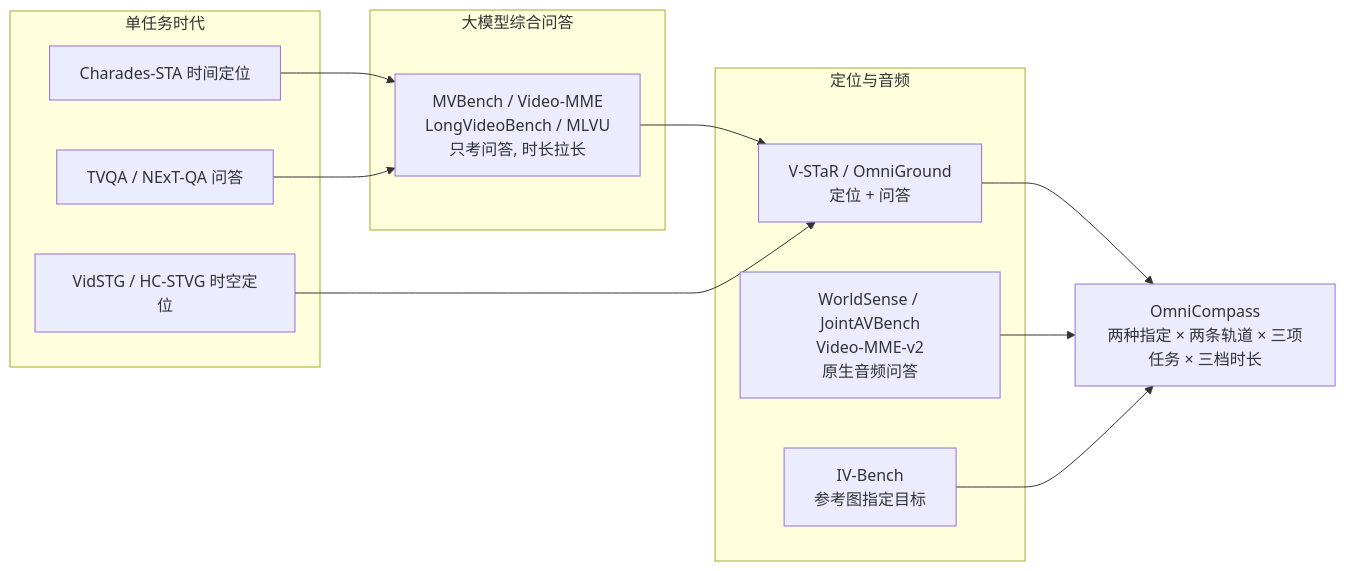
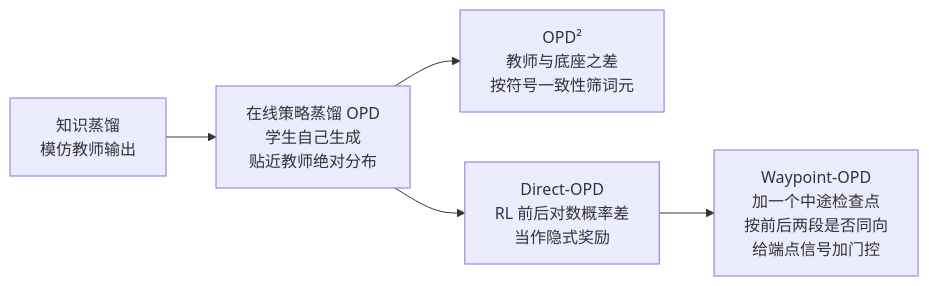
One commit to yingwang/paper-reads changed the first of 2 diagrams in docs/index.md. Above: the diagram before and after it, drawn with Mermaid. The commit also changed other lines of this file and 2 other files, not shown here.

First line of the commit message:
Add 2026-10-17-waypoint-opd-gated-policy-shift-distillation

````diff
--- a/docs/index.md
+++ b/docs/index.md
@@ -53,22 +58,7 @@
 ```mermaid
 flowchart LR
-    subgraph 单任务时代
-        A[Charades-STA 时间定位]
-        B[TVQA / NExT-QA 问答]
-        C[VidSTG / HC-STVG 时空定位]
-    end
-    subgraph 大模型综合问答
-        D[MVBench / Video-MME<br/>LongVideoBench / MLVU<br/>只考问答, 时长拉长]
-    end
-    subgraph 定位与音频
-        E[V-STaR / OmniGround<br/>定位 + 问答]
-        F[WorldSense / JointAVBench<br/>Video-MME-v2<br/>原生音频问答]
-        G[IV-Bench<br/>参考图指定目标]
-    end
-    H[OmniCompass<br/>两种指定 × 两条轨道 × 三项任务 × 三档时长]
-    A --> D --> E --> H
-    B --> D
-    C --> E
-    F --> H
-    G --> H
+    A[知识蒸馏<br/>模仿教师输出] --> B[在线策略蒸馏 OPD<br/>学生自己生成<br/>贴近教师绝对分布]
+    B --> C[OPD²<br/>教师与底座之差<br/>按符号一致性筛词元]
+    B --> D[Direct-OPD<br/>RL 前后对数概率差<br/>当作隐式奖励]
+    D --> E[Waypoint-OPD<br/>加一个中途检查点<br/>按前后两段是否同向<br/>给端点信号加门控]
 ```
````
